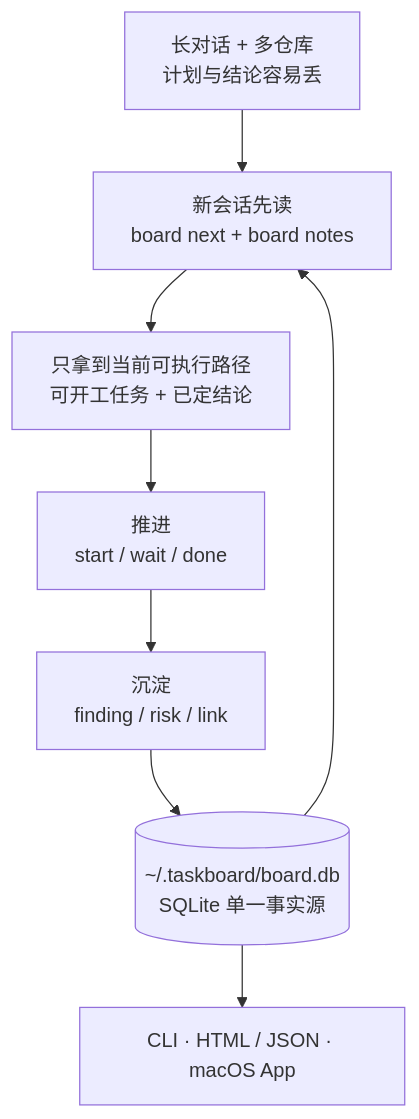
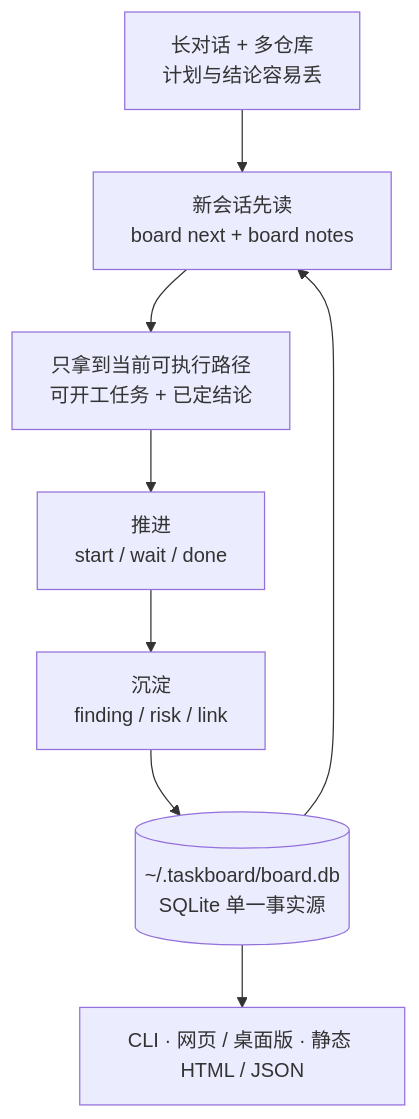
One commit to sunsssc/taskboard changed the diagram in README.md. Above: the diagram before and after it, drawn with Mermaid. The commit also changed other lines of this file and 28 other files, not shown here.

````diff
--- a/README.md
+++ b/README.md
@@ -13,10 +13,10 @@
 ```mermaid
 flowchart TD
     A["长对话 + 多仓库<br/>计划与结论容易丢"] --> B["新会话先读<br/>board next + board notes"]
     B --> C["只拿到当前可执行路径<br/>可开工任务 + 已定结论"]
     C --> D["推进<br/>start / wait / done"]
     D --> E["沉淀<br/>finding / risk / link"]
     E --> F[("~/.taskboard/board.db<br/>SQLite 单一事实源")]
     F --> B
-    F --> G["CLI · HTML / JSON · macOS App"]
+    F --> G["CLI · 网页 / 桌面版 · 静态 HTML / JSON"]
 ```
````
